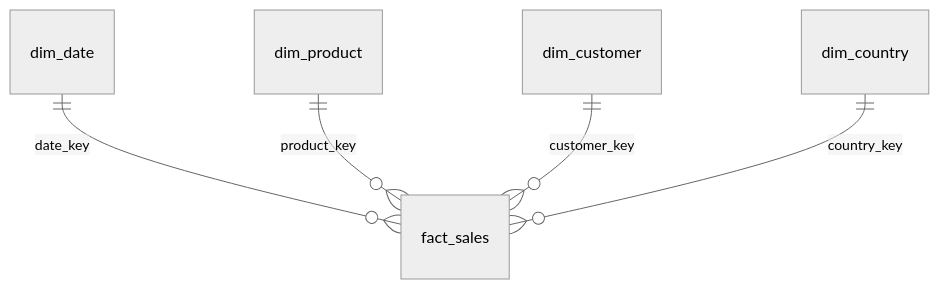
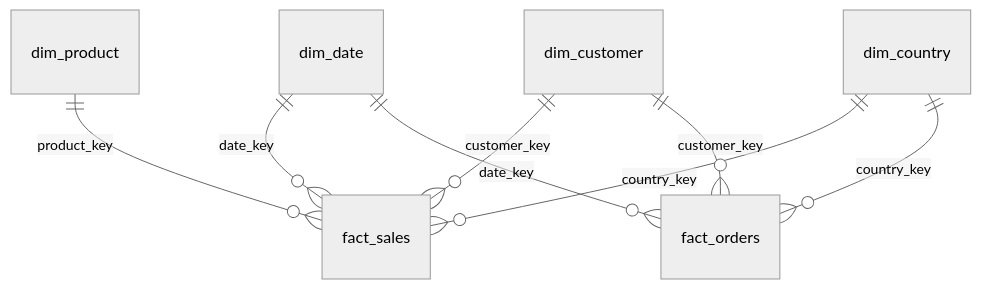
The diagram in docs/data-model.md (walidelkersh/retail-sales-pipeline), drawn with Mermaid (neutral theme) before and after one commit. The commit also changed other lines of this file and 2 other files, not shown here.

Commit message:
document fact_orders and the customers page

````diff
--- a/docs/data-model.md
+++ b/docs/data-model.md
@@ -5,7 +5,10 @@
 ```mermaid
 erDiagram
     dim_date ||--o{ fact_sales : date_key
     dim_product ||--o{ fact_sales : product_key
     dim_customer ||--o{ fact_sales : customer_key
     dim_country ||--o{ fact_sales : country_key
+    dim_date ||--o{ fact_orders : date_key
+    dim_customer ||--o{ fact_orders : customer_key
+    dim_country ||--o{ fact_orders : country_key
 ```
````
